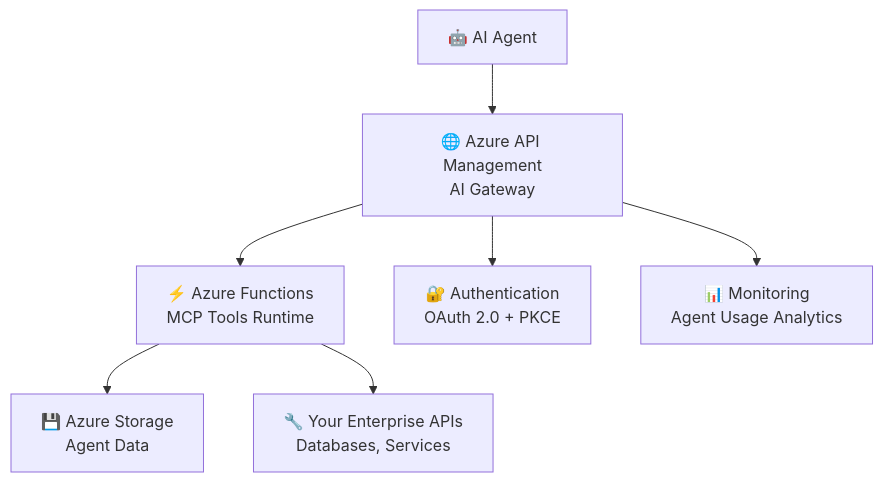
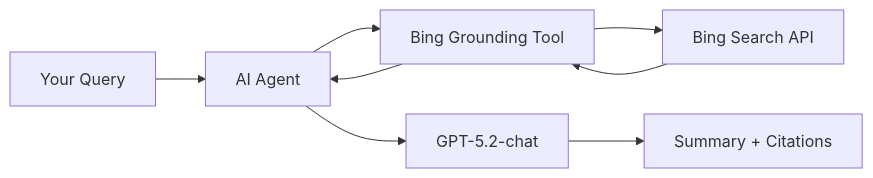
One commit to ctava-msft/web-summarization changed the diagram in README.md. Above: the diagram before and after it, drawn with Mermaid. The commit also changed other lines of this file and 1 other file, not shown here.

````diff
--- a/README.md
+++ b/README.md
@@ -129,10 +112,10 @@
 ```mermaid
-graph TB
-    A[🤖 AI Agent] --> B[🌐 Azure API Management<br/>AI Gateway]
-    B --> C[⚡ Azure Functions<br/>MCP Tools Runtime]
-    C --> D[💾 Azure Storage<br/>Agent Data]
-    C --> E[🔧 Your Enterprise APIs<br/>Databases, Services]
-    
-    B --> F[🔐 Authentication<br/>OAuth 2.0 + PKCE]
-    B --> G[📊 Monitoring<br/>Agent Usage Analytics]
+graph LR
+    A[Your Query] --> B[AI Agent]
+    B --> C[Bing Grounding Tool]
+    C --> D[Bing Search API]
+    D --> C
+    C --> B
+    B --> E[GPT-5.2-chat]
+    E --> F[Summary + Citations]
 ```
````
